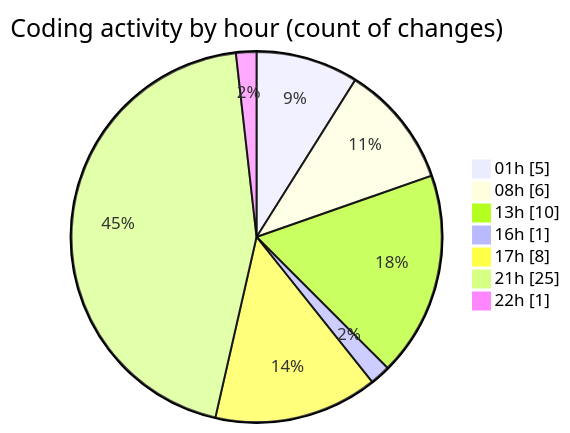
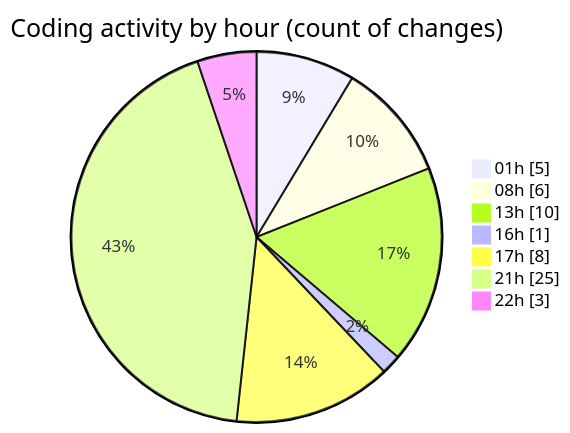
The second of 2 diagrams in 2026-02-04/singularitybrainai/README.md (tmsrecording-cyber/code-tracking), drawn with Mermaid before and after one commit. The commit also changed other lines of this file and 1 other file, not shown here.

````diff
--- a/2026-02-04/singularitybrainai/README.md
+++ b/2026-02-04/singularitybrainai/README.md
@@ -35,11 +35,11 @@
 ```mermaid
 pie showData
 title Coding activity by hour (count of changes)
 "01h" : 5
 "08h" : 6
 "13h" : 10
 "16h" : 1
 "17h" : 8
 "21h" : 25
-"22h" : 1
+"22h" : 3
 ```
````
